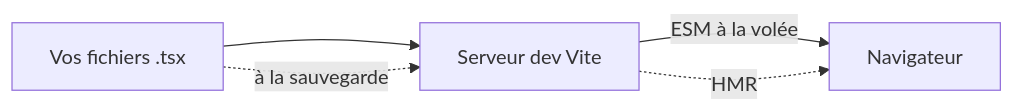
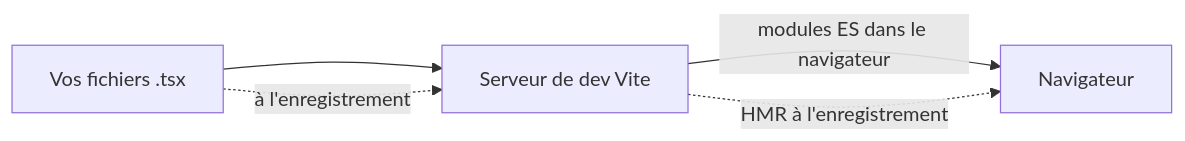
One commit to BabaScience/react-guides changed the second of 10 diagrams in arguments/chapters/fr/01-fundamentals.md. Above: the diagram before and after it, drawn with Mermaid. The commit also changed other lines of this file and 46 other files, not shown here.

````diff
--- a/arguments/chapters/fr/01-fundamentals.md
+++ b/arguments/chapters/fr/01-fundamentals.md
@@ -59,7 +97,7 @@
 ```mermaid
 graph LR
-    Files["Vos fichiers .tsx"] --> Vite[Serveur dev Vite]
-    Vite -->|ESM à la volée| Browser[Navigateur]
-    Vite -.->|HMR| Browser
-    Files -.->|à la sauvegarde| Vite
+    Files["Vos fichiers .tsx"] --> Vite[Serveur de dev Vite]
+    Vite -->|modules ES dans le navigateur| Browser[Navigateur]
+    Vite -.->|HMR à l'enregistrement| Browser
+    Files -.->|à l'enregistrement| Vite
 ```
````
